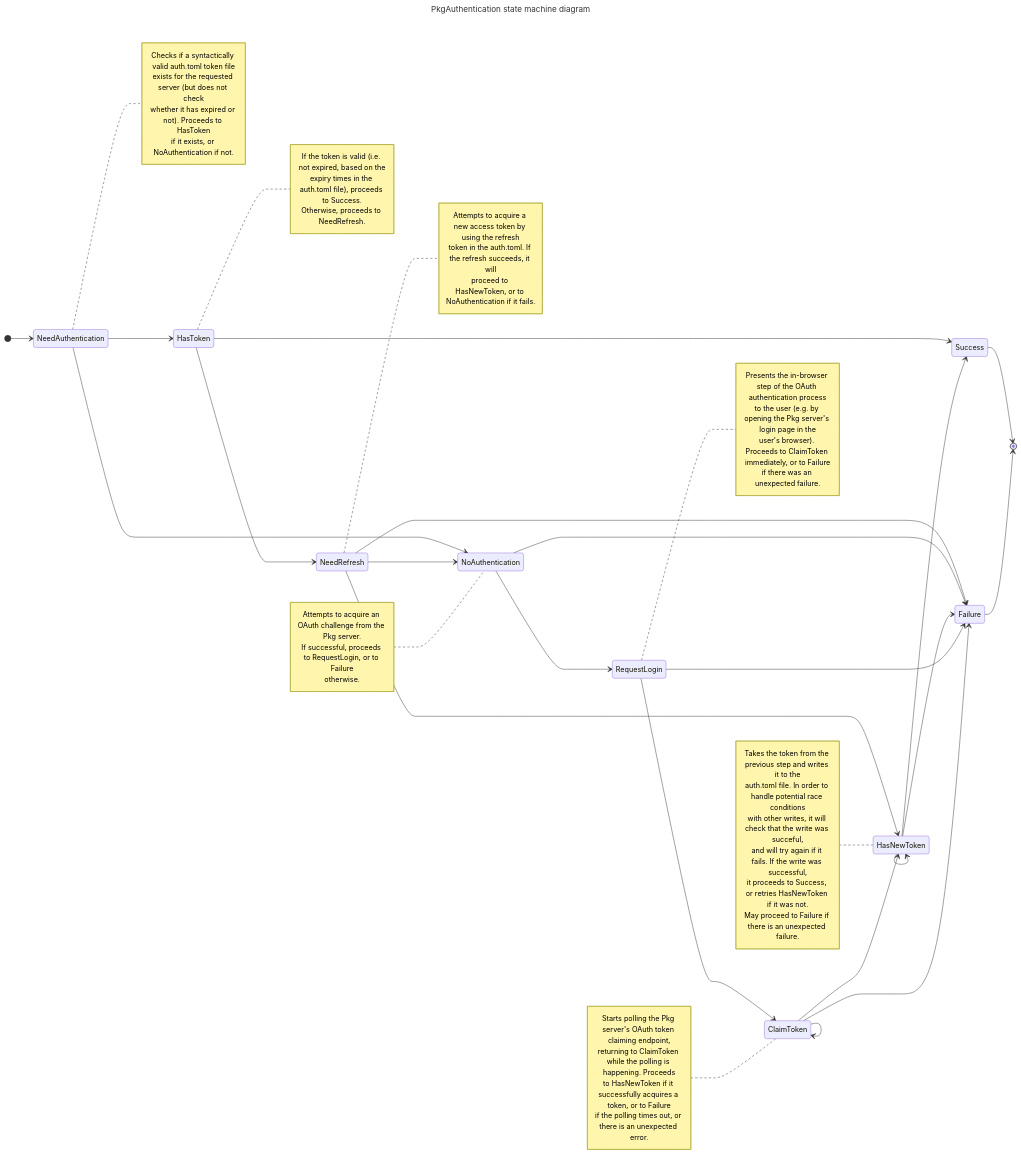
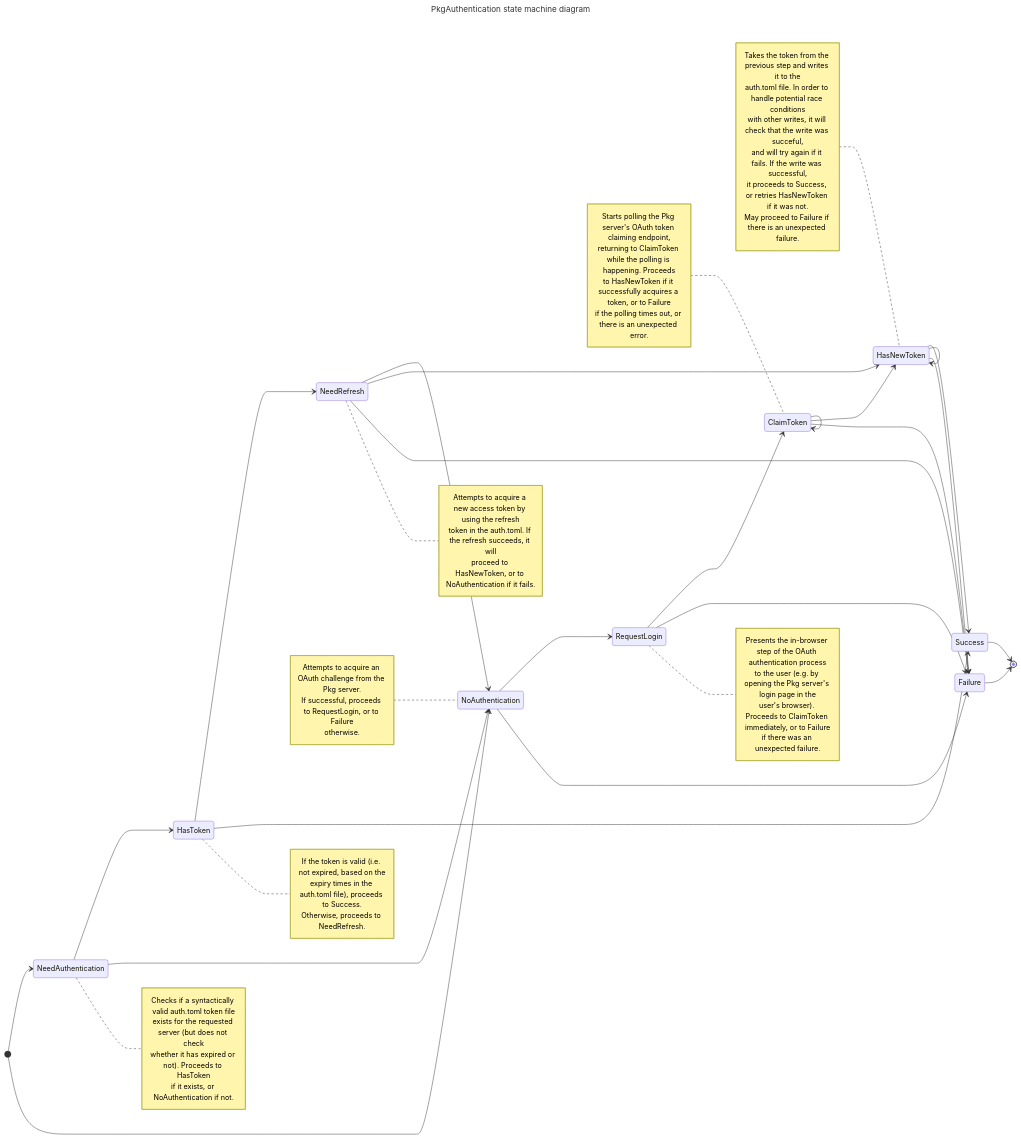
The diagram in docs/internals.md (JuliaComputing/PkgAuthentication.jl), drawn with Mermaid before and after one commit. The commit also changed other lines of this file, not shown here.

Commit message:
Add NoAuthentication start

````diff
--- a/docs/internals.md
+++ b/docs/internals.md
@@ -5,78 +5,79 @@
 ```mermaid
 ---
 title: PkgAuthentication state machine diagram
 ---
 
 stateDiagram-v2
     direction LR
 
     [*] --> NeedAuthentication
+    [*] --> NoAuthentication
 
     NeedAuthentication --> HasToken
     NeedAuthentication --> NoAuthentication
     note right of NeedAuthentication
         Checks if a syntactically valid auth.toml token file
         exists for the requested server (but does not check
         whether it has expired or not). Proceeds to HasToken
         if it exists, or NoAuthentication if not.
     end note
 
     HasToken --> NeedRefresh
     HasToken --> Success
     note right of HasToken
         If the token is valid (i.e. not expired, based on the
         expiry times in the auth.toml file), proceeds to Success.
         Otherwise, proceeds to NeedRefresh.
     end note
 
     NeedRefresh --> NoAuthentication
     NeedRefresh --> HasNewToken
     NeedRefresh --> Failure
     note right of NeedRefresh
         Attempts to acquire a new access token by using the refresh
         token in the auth.toml. If the refresh succeeds, it will
         proceed to HasNewToken, or to NoAuthentication if it fails.
     end note
 
     NoAuthentication --> RequestLogin
     NoAuthentication --> Failure
     note left of NoAuthentication
         Attempts to acquire an OAuth challenge from the Pkg server.
         If successful, proceeds to RequestLogin, or to Failure
         otherwise.
     end note
 
     HasNewToken --> HasNewToken
     HasNewToken --> Success
     HasNewToken --> Failure
     note left of HasNewToken
         Takes the token from the previous step and writes it to the
         auth.toml file. In order to handle potential race conditions
         with other writes, it will check that the write was succeful,
         and will try again if it fails. If the write was successful,
         it proceeds to Success, or retries HasNewToken if it was not.
         May proceed to Failure if there is an unexpected failure.
     end note
 
     RequestLogin --> ClaimToken
     RequestLogin --> Failure
     note right of RequestLogin
         Presents the in-browser step of the OAuth authentication process
         to the user (e.g. by opening the Pkg server's login page in the
         user's browser). Proceeds to ClaimToken immediately, or to Failure
         if there was an unexpected failure.
     end note
 
     ClaimToken --> ClaimToken
     ClaimToken --> HasNewToken
     ClaimToken --> Failure
     note left of ClaimToken
         Starts polling the Pkg server's OAuth token claiming endpoint,
         returning to ClaimToken while the polling is happening. Proceeds
         to HasNewToken if it successfully acquires a token, or to Failure
         if the polling times out, or there is an unexpected error.
     end note
 
     Success --> [*]
     Failure --> [*]
 ```
````
